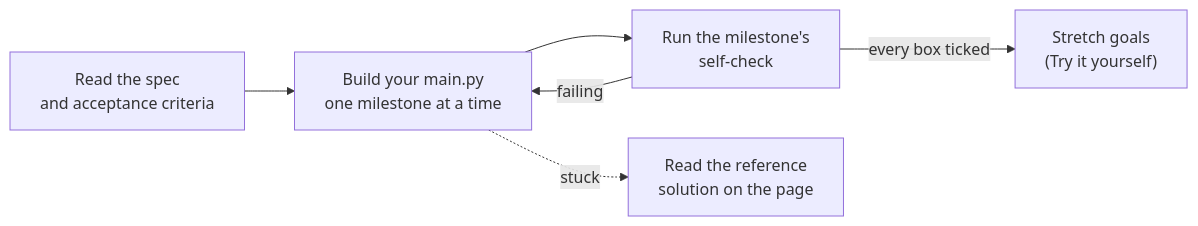
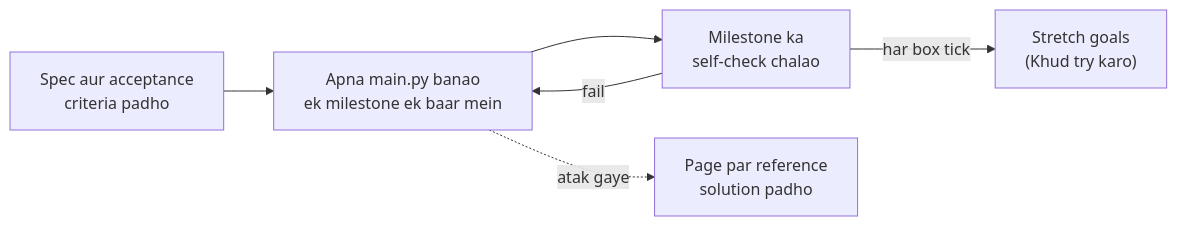
One commit to asmustechno/agentic-ai-notes changed the diagram in docs/18-projects/README.md. Above: the diagram before and after it, drawn with Mermaid. The commit also changed other lines of this file and 135 other files, not shown here.

````diff
--- a/docs/18-projects/README.md
+++ b/docs/18-projects/README.md
@@ -31,8 +33,8 @@
 ```mermaid
 flowchart LR
-    S["Read the spec<br/>and acceptance criteria"] --> B["Build your main.py<br/>one milestone at a time"]
-    B --> T["Run the milestone's<br/>self-check"]
-    T -->|failing| B
-    T -->|every box ticked| X["Stretch goals<br/>(Try it yourself)"]
-    B -.->|stuck| SOL["Read the reference<br/>solution on the page"]
+    S["Spec aur acceptance<br/>criteria padho"] --> B["Apna main.py banao<br/>ek milestone ek baar mein"]
+    B --> T["Milestone ka<br/>self-check chalao"]
+    T -->|fail| B
+    T -->|har box tick| X["Stretch goals<br/>(Khud try karo)"]
+    B -.->|atak gaye| SOL["Page par reference<br/>solution padho"]
 ```
````
